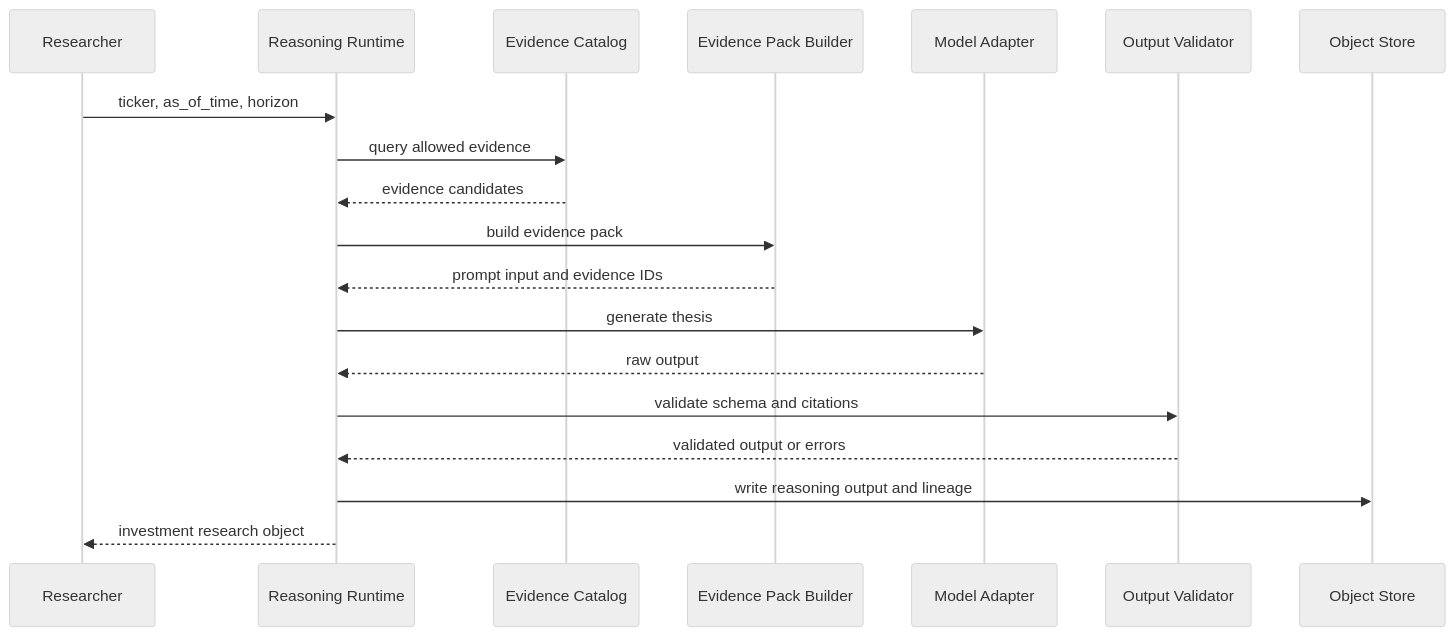
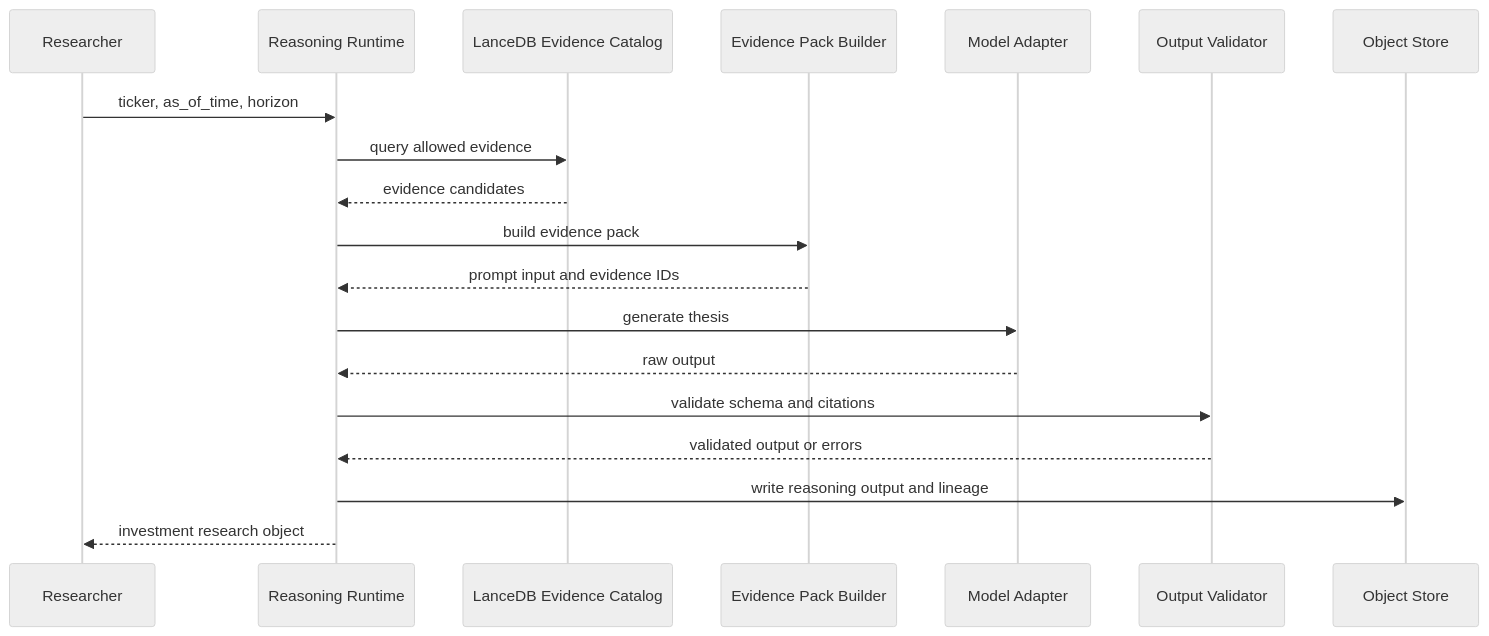
The diagram in docs/reasoning-evidence-design.md (duoan/mega-trading), drawn with Mermaid (neutral theme) before and after one commit. The commit also changed other lines of this file and 15 other files, not shown here.

````diff
--- a/docs/reasoning-evidence-design.md
+++ b/docs/reasoning-evidence-design.md
@@ -45,22 +45,22 @@
 ```mermaid
 sequenceDiagram
     participant User as Researcher
     participant Runtime as Reasoning Runtime
-    participant Catalog as Evidence Catalog
+    participant Catalog as LanceDB Evidence Catalog
     participant Builder as Evidence Pack Builder
     participant Model as Model Adapter
     participant Validator as Output Validator
     participant Store as Object Store
 
     User->>Runtime: ticker, as_of_time, horizon
     Runtime->>Catalog: query allowed evidence
     Catalog-->>Runtime: evidence candidates
     Runtime->>Builder: build evidence pack
     Builder-->>Runtime: prompt input and evidence IDs
     Runtime->>Model: generate thesis
     Model-->>Runtime: raw output
     Runtime->>Validator: validate schema and citations
     Validator-->>Runtime: validated output or errors
     Runtime->>Store: write reasoning output and lineage
     Runtime-->>User: investment research object
 ```
````
